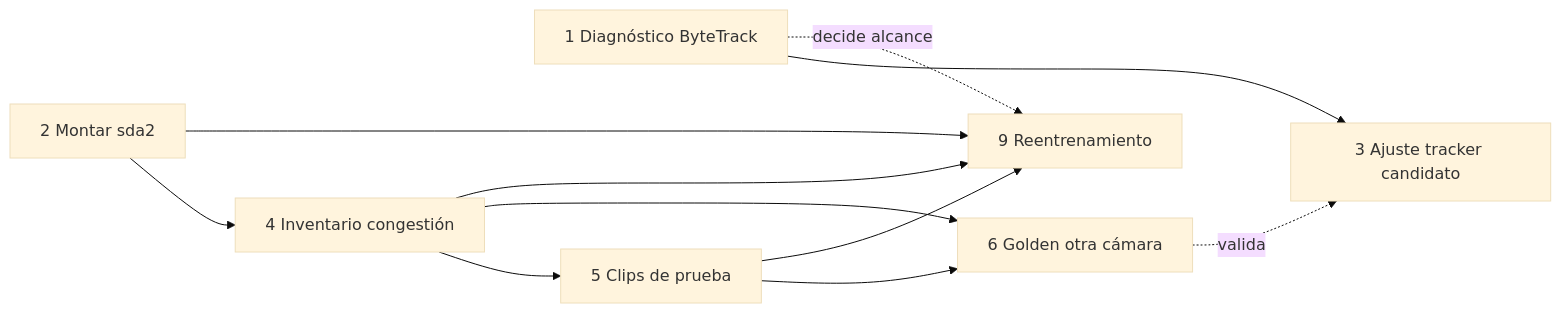
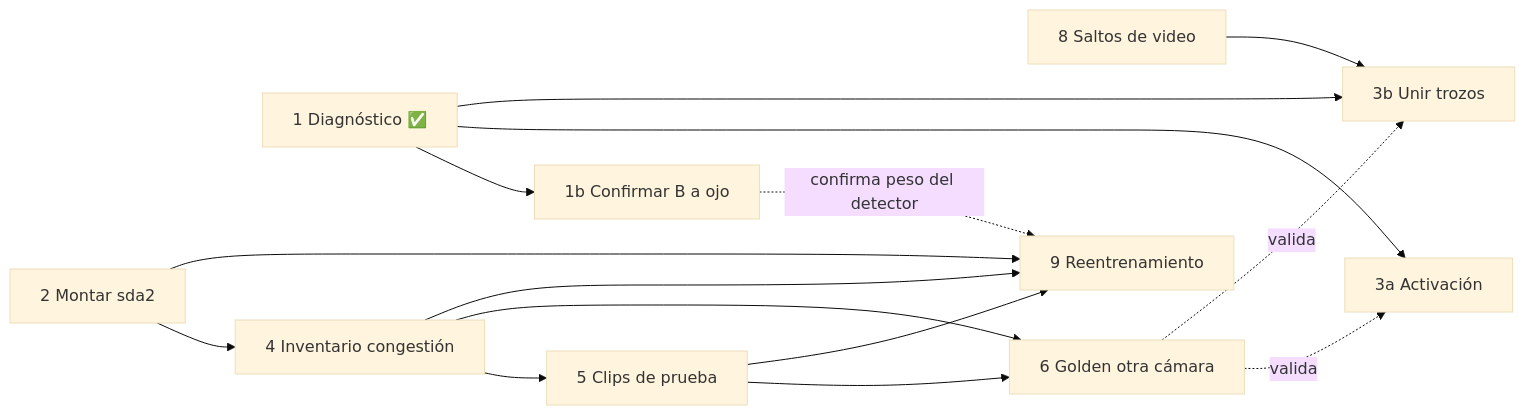
The diagram in docs/roadmap-2026-10-12.md (CamiloGarcia06/Multi-Object-Tracking), drawn with Mermaid (base theme) before and after one commit. The commit also changed other lines of this file, not shown here.

First line of the commit message:
Roadmap 12-10: plan revisado tras el diagnóstico de la puerta

````diff
--- a/docs/roadmap-2026-10-12.md
+++ b/docs/roadmap-2026-10-12.md
@@ -131,13 +173,17 @@
 ```mermaid
 graph LR
-  T1[1 Diagnóstico ByteTrack] --> T3[3 Ajuste tracker candidato]
+  T1[1 Diagnóstico ✅] --> T1b[1b Confirmar B a ojo]
+  T1 --> T3a[3a Activación]
+  T1 --> T3b[3b Unir trozos]
+  T8[8 Saltos de video] --> T3b
   T2[2 Montar sda2] --> T4[4 Inventario congestión]
   T4 --> T5[5 Clips de prueba]
   T4 --> T6[6 Golden otra cámara]
   T5 --> T6
-  T6 -.valida.-> T3
+  T6 -.valida.-> T3a
+  T6 -.valida.-> T3b
   T2 --> T9[9 Reentrenamiento]
   T4 --> T9
   T5 --> T9
-  T1 -.decide alcance.-> T9
+  T1b -.confirma peso del detector.-> T9
 ```
````
